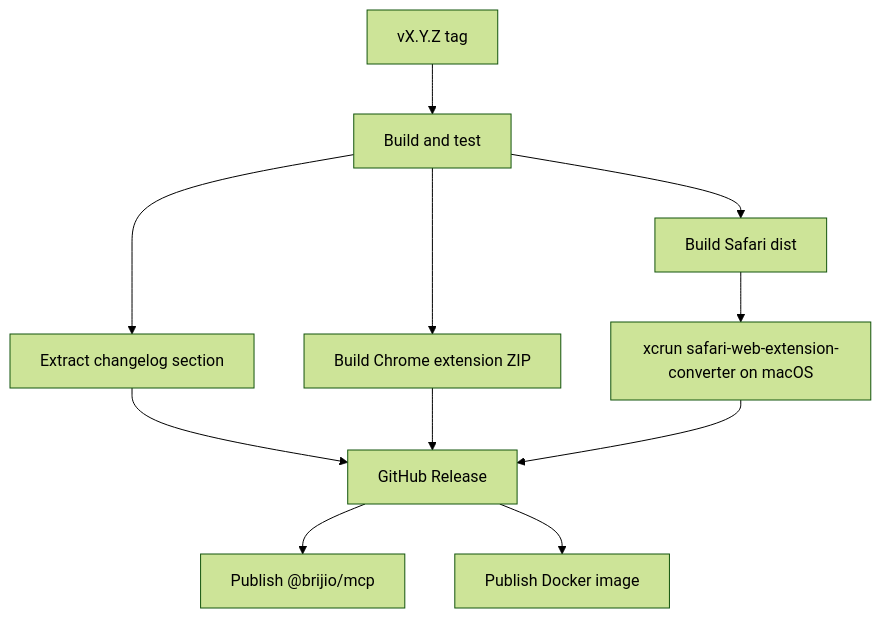
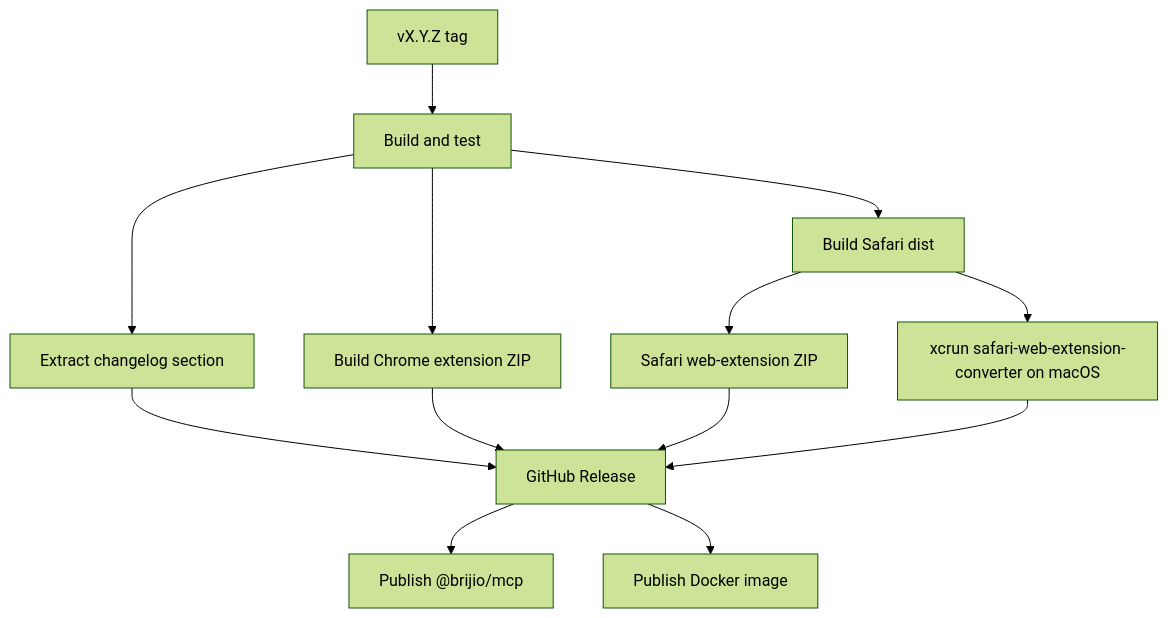
One commit to redvex/brijio changed the diagram in docs/architecture/decisions/0049-unified-release-tag-and-assets.md. Above: the diagram before and after it, drawn with Mermaid (forest theme). The commit also changed other lines of this file and 2 other files, not shown here.

Commit message:
ci: make safari conversion optional

````diff
--- a/docs/architecture/decisions/0049-unified-release-tag-and-assets.md
+++ b/docs/architecture/decisions/0049-unified-release-tag-and-assets.md
@@ -62,13 +65,15 @@
 ```mermaid
 flowchart TD
   Tag[vX.Y.Z tag] --> Validate[Build and test]
   Validate --> Notes[Extract changelog section]
   Validate --> Chrome[Build Chrome extension ZIP]
   Validate --> Safari[Build Safari dist]
+  Safari --> SafariZip[Safari web-extension ZIP]
   Safari --> Convert[xcrun safari-web-extension-converter on macOS]
   Notes --> Release[GitHub Release]
   Chrome --> Release
+  SafariZip --> Release
   Convert --> Release
   Release --> Npm[Publish @brijio/mcp]
   Release --> Docker[Publish Docker image]
 ```
````
